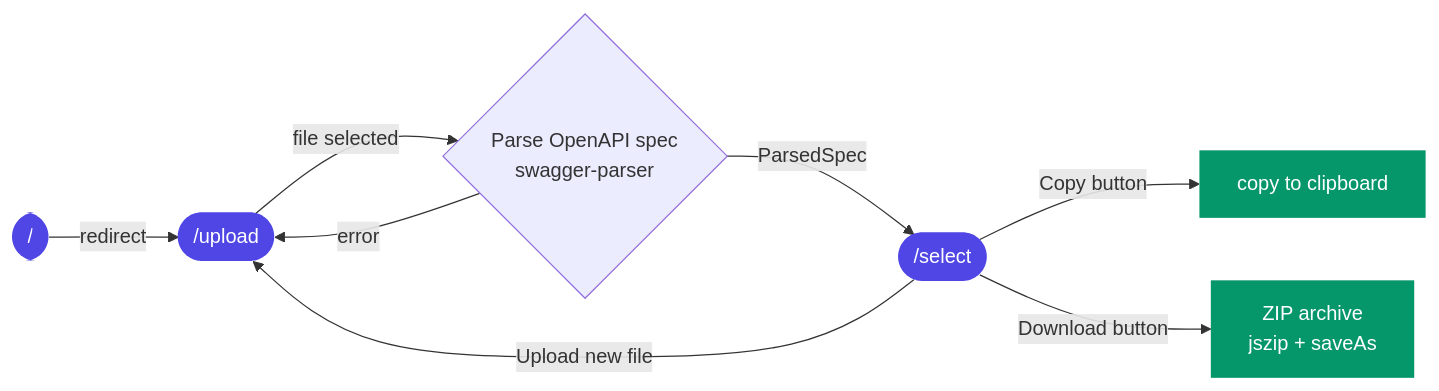
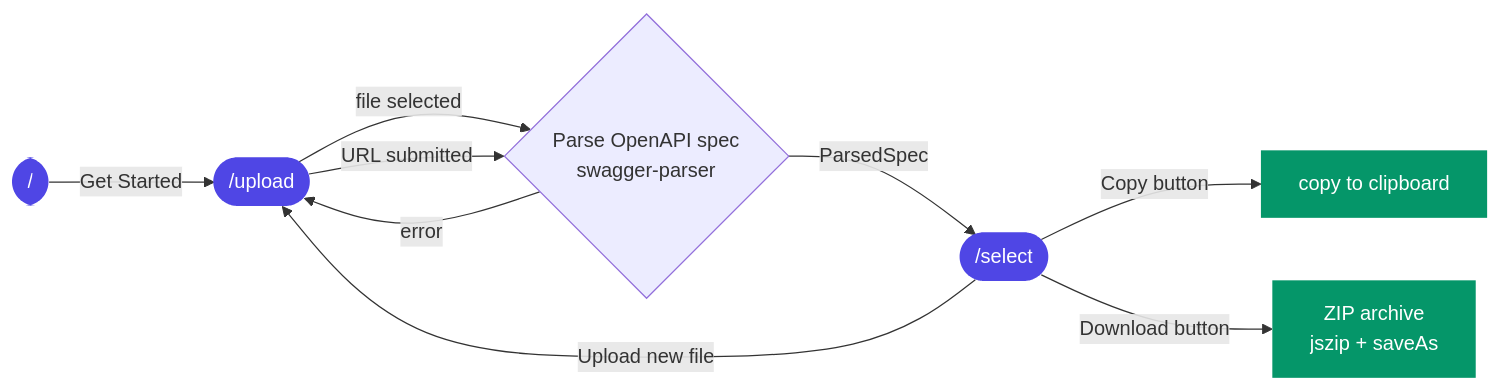
The first of 3 diagrams in docs/architecture.md (Blouppy/http-file-generator), drawn with Mermaid before and after one commit. The commit also changed other lines of this file and 2 other files, not shown here.

````diff
--- a/docs/architecture.md
+++ b/docs/architecture.md
@@ -80,13 +84,14 @@
 ```mermaid
 flowchart LR
-    A(["/"]):::route -->|redirect| B(["/upload"]):::route
+    A(["/"]):::route -->|Get Started| B(["/upload"]):::route
     B -->|file selected| C{Parse OpenAPI spec\nswagger-parser}
+    B -->|URL submitted| C
     C -->|error| B
     C -->|ParsedSpec| D(["/select"]):::route
     D -->|Copy button| E[copy to clipboard]:::output
     D -->|Download button| F[ZIP archive\njszip + saveAs]:::output
     D -->|Upload new file| B
 
     classDef route fill:#4f46e5,color:#fff,stroke:none
     classDef output fill:#059669,color:#fff,stroke:none
 ```
````
